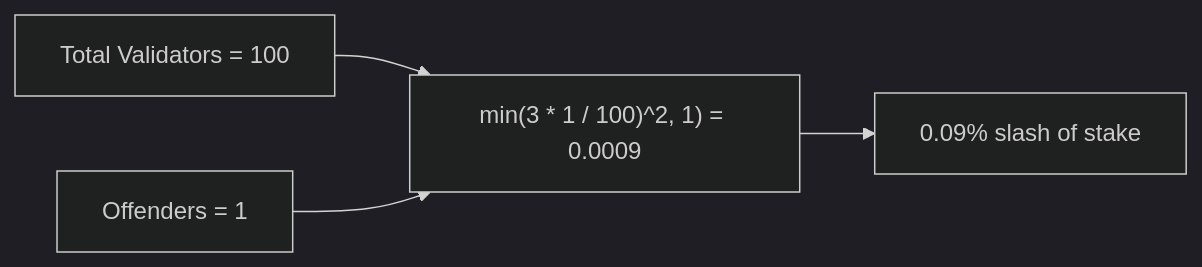
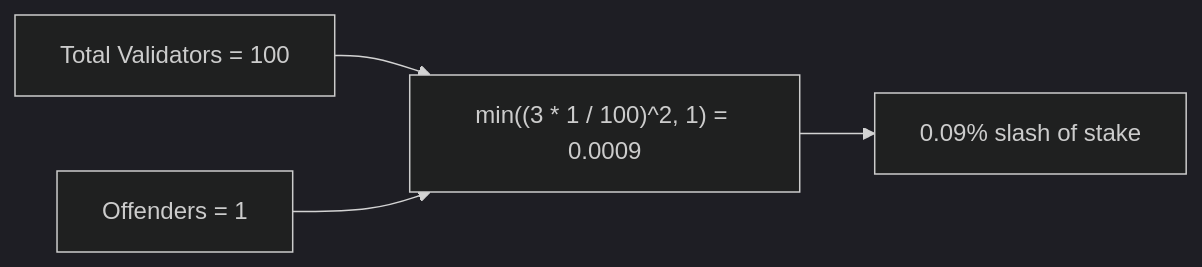
The first of 3 diagrams in infrastructure/staking-mechanics/offenses-and-slashes.md (polkadot-developers/polkadot-docs), drawn with Mermaid (dark theme) before and after one commit. The commit also changed other lines of this file and 6 other files, not shown here.

````diff
--- a/infrastructure/staking-mechanics/offenses-and-slashes.md
+++ b/infrastructure/staking-mechanics/offenses-and-slashes.md
@@ -77,11 +77,11 @@
     ``` mermaid
     flowchart LR
     N["Total Validators = 100"]
     X["Offenders = 1"]
-    F["min(3 * 1 / 100)^2, 1) = 0.0009"]
+    F["min((3 * 1 / 100)^2, 1) = 0.0009"]
     G["0.09% slash of stake"]
 
     N --> F
     X --> F
     F --> G
     ```
````
